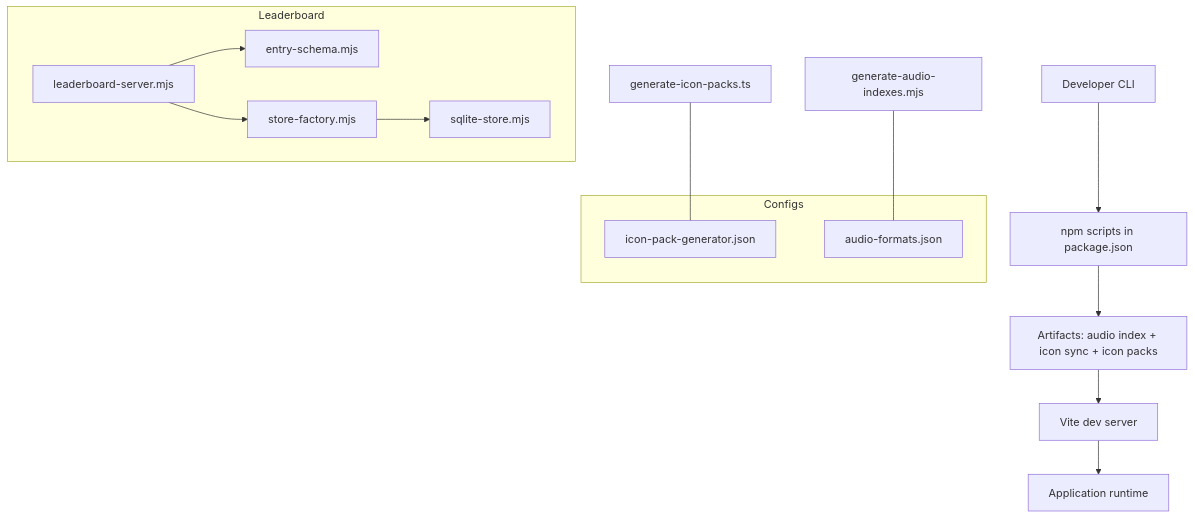
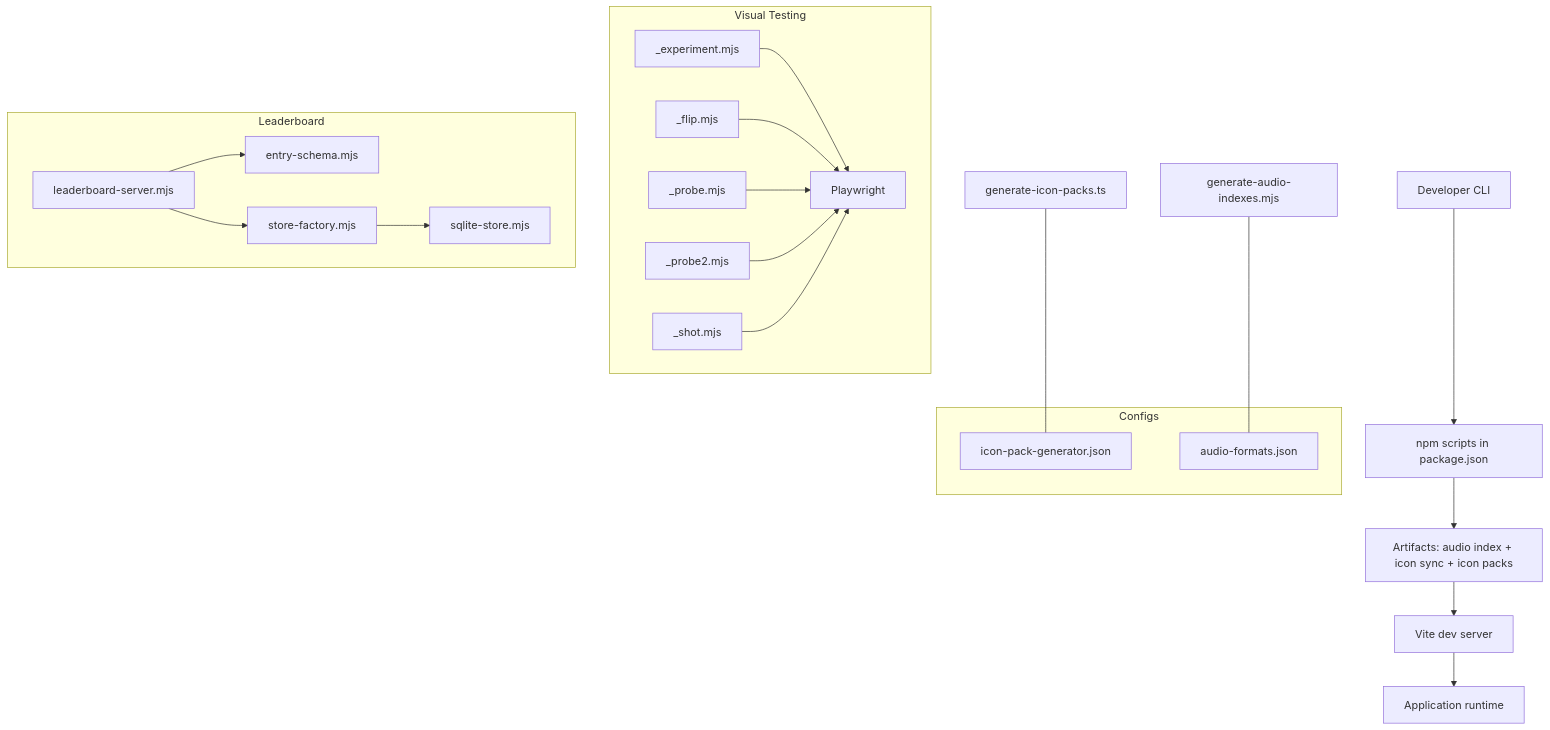
Before and after one commit to satyrlord/mb: the second of 13 diagrams in .qoder/repowiki/en/content/Development Tools and Utilities/Development Tools and Utilities.md, drawn with Mermaid. The commit also changed other lines of this file and 26 other files, not shown here.

````diff
--- a/.qoder/repowiki/en/content/Development Tools and Utilities/Development Tools and Utilities.md
+++ b/.qoder/repowiki/en/content/Development Tools and Utilities/Development Tools and Utilities.md
@@ -136,18 +175,25 @@
 ```mermaid
 graph TB
 Dev["Developer CLI"] --> NPM["npm scripts in package.json"]
 NPM --> ART["Artifacts: audio index + icon sync + icon packs"]
 ART --> VITE["Vite dev server"]
 VITE --> APP["Application runtime"]
+subgraph "Visual Testing"
+EXP["_experiment.mjs"] --> PW["Playwright"]
+FLIP["_flip.mjs"] --> PW
+PROBE["_probe.mjs"] --> PW
+PROBE2["_probe2.mjs"] --> PW
+SHOT["_shot.mjs"] --> PW
+end
 subgraph "Leaderboard"
 LBS["leaderboard-server.mjs"] --> LBSCH["entry-schema.mjs"]
 LBS --> LBSF["store-factory.mjs"]
 LBSF --> LBSQL["sqlite-store.mjs"]
 end
 subgraph "Configs"
 CFG1["icon-pack-generator.json"]
 CFG2["audio-formats.json"]
 end
 GIP["generate-icon-packs.ts"] --- CFG1
 GAI["generate-audio-indexes.mjs"] --- CFG2
 ```
````
